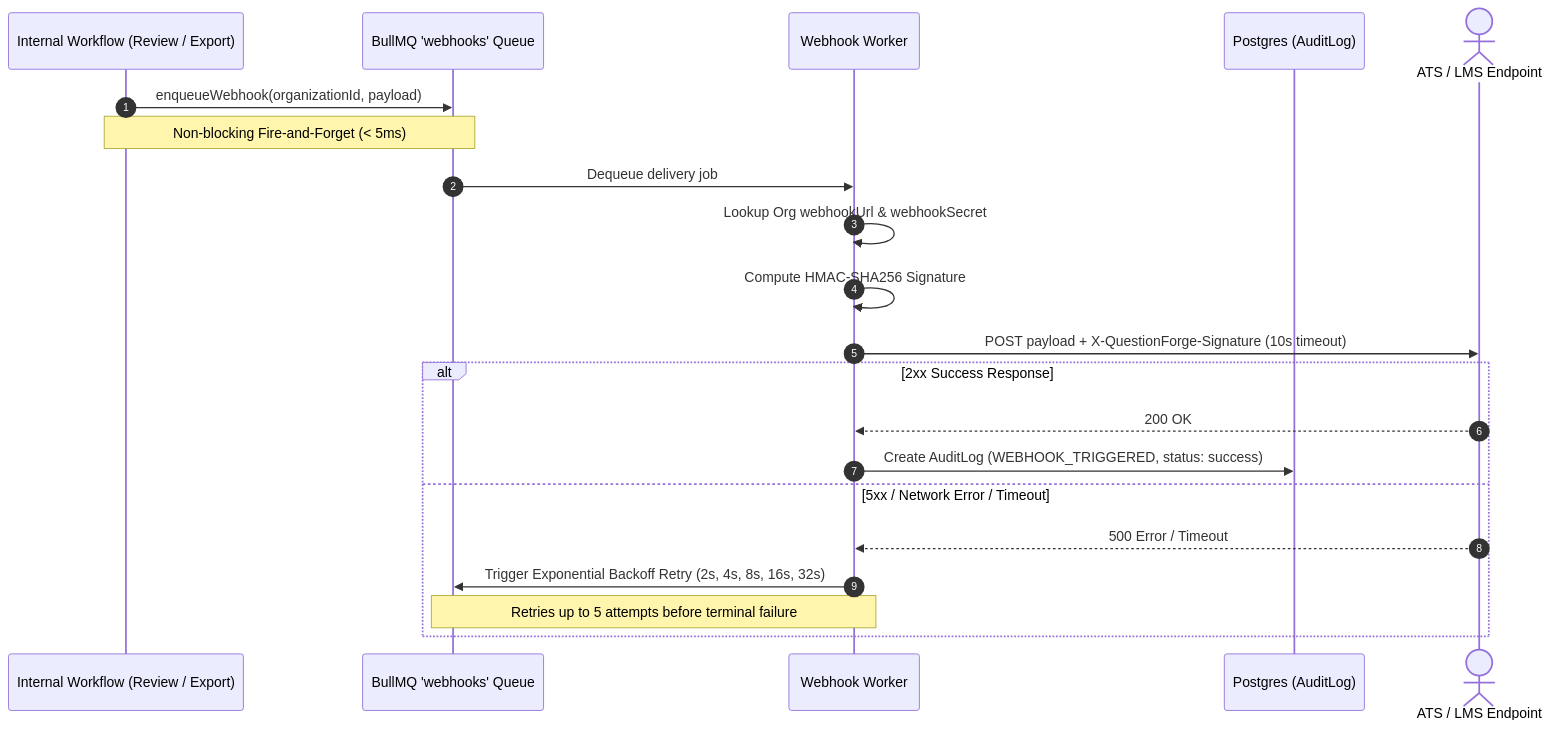
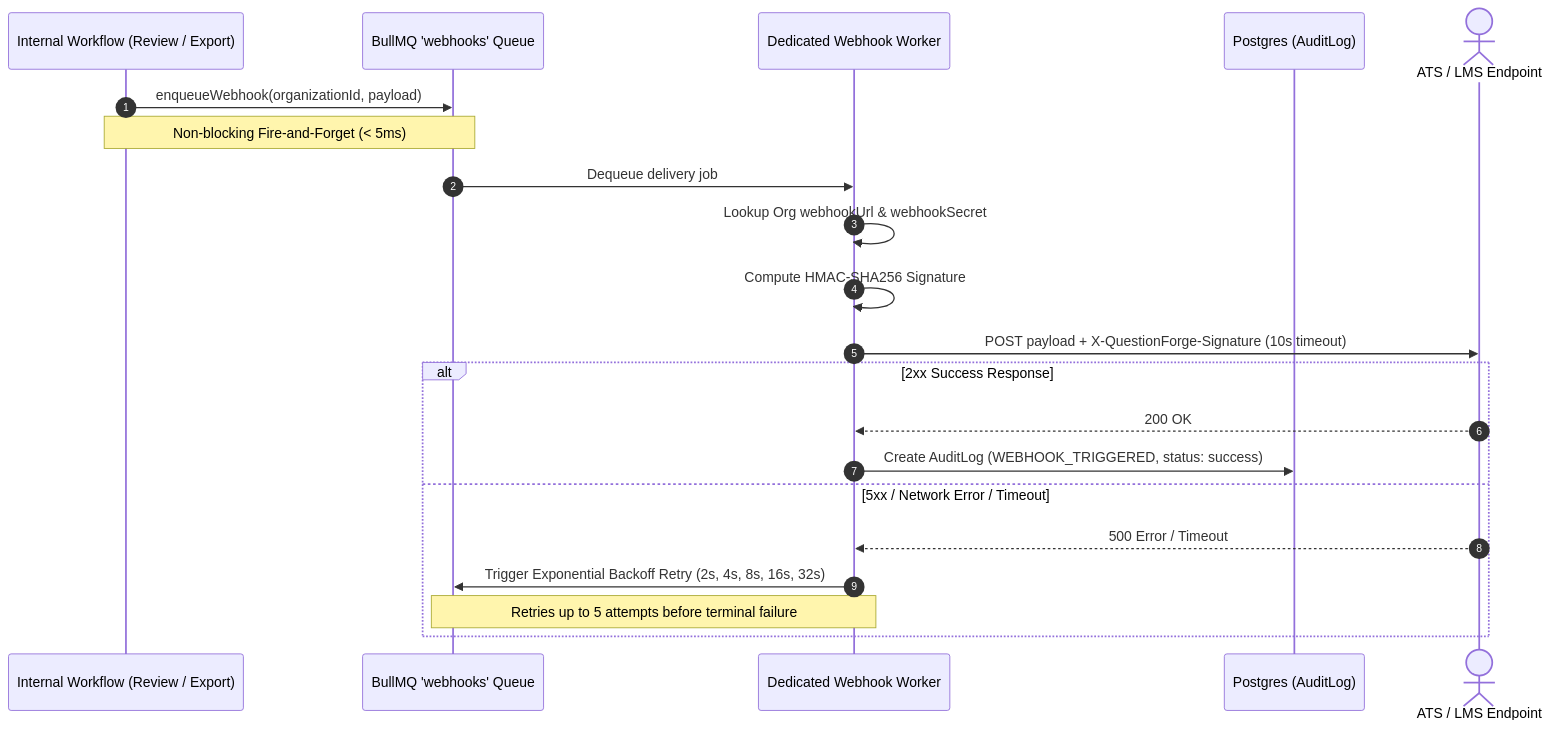
The fifth of 9 diagrams in README.md (yashsrivastava1408/QuestionForge), drawn with Mermaid before and after one commit. The commit also changed other lines of this file and 164 other files, not shown here.

````diff
--- a/README.md
+++ b/README.md
@@ -280,27 +384,27 @@
 ```mermaid
 sequenceDiagram
     autonumber
     participant App as Internal Workflow (Review / Export)
     participant Queue as BullMQ 'webhooks' Queue
-    participant Worker as Webhook Worker
+    participant Worker as Dedicated Webhook Worker
     participant DB as Postgres (AuditLog)
     actor External as ATS / LMS Endpoint
 
     App->>Queue: enqueueWebhook(organizationId, payload)
     Note over App,Queue: Non-blocking Fire-and-Forget (< 5ms)
 
     Queue->>Worker: Dequeue delivery job
     Worker->>Worker: Lookup Org webhookUrl & webhookSecret
     Worker->>Worker: Compute HMAC-SHA256 Signature
 
     Worker->>External: POST payload + X-QuestionForge-Signature (10s timeout)
     
     alt 2xx Success Response
         External-->>Worker: 200 OK
         Worker->>DB: Create AuditLog (WEBHOOK_TRIGGERED, status: success)
     else 5xx / Network Error / Timeout
         External-->>Worker: 500 Error / Timeout
         Worker->>Queue: Trigger Exponential Backoff Retry (2s, 4s, 8s, 16s, 32s)
         Note over Worker,Queue: Retries up to 5 attempts before terminal failure
     end
 ```
````
